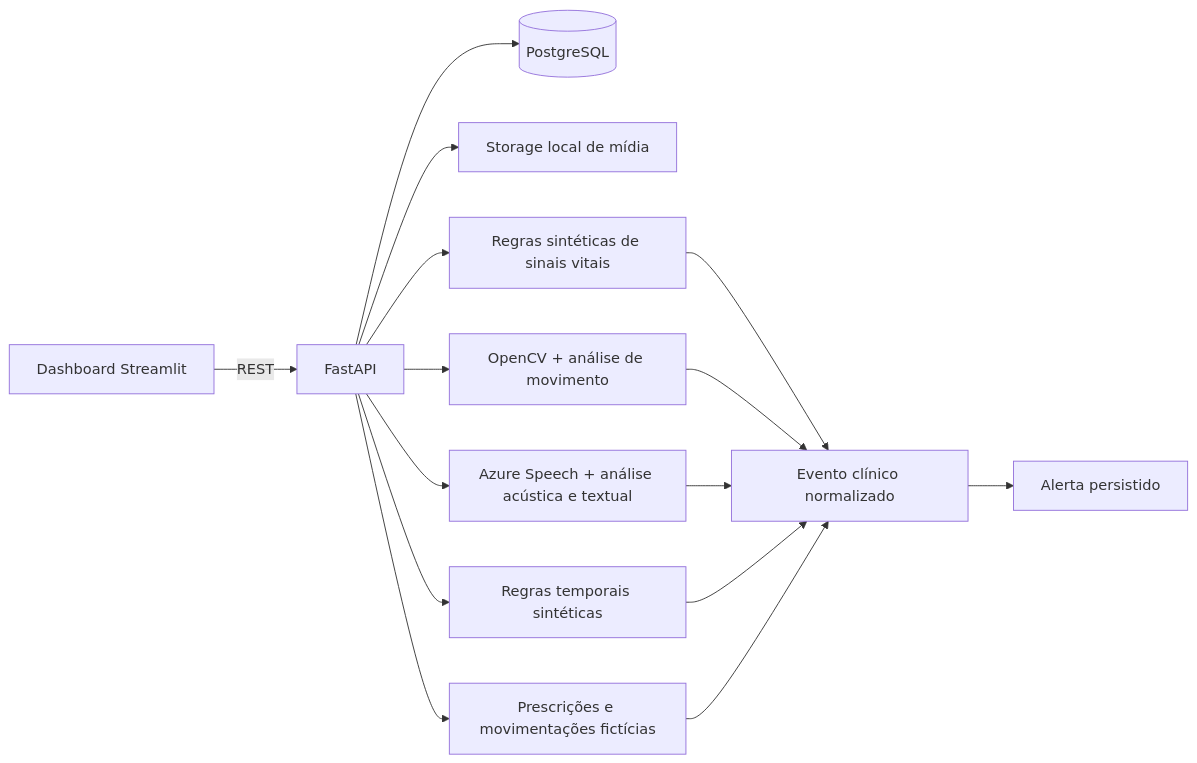
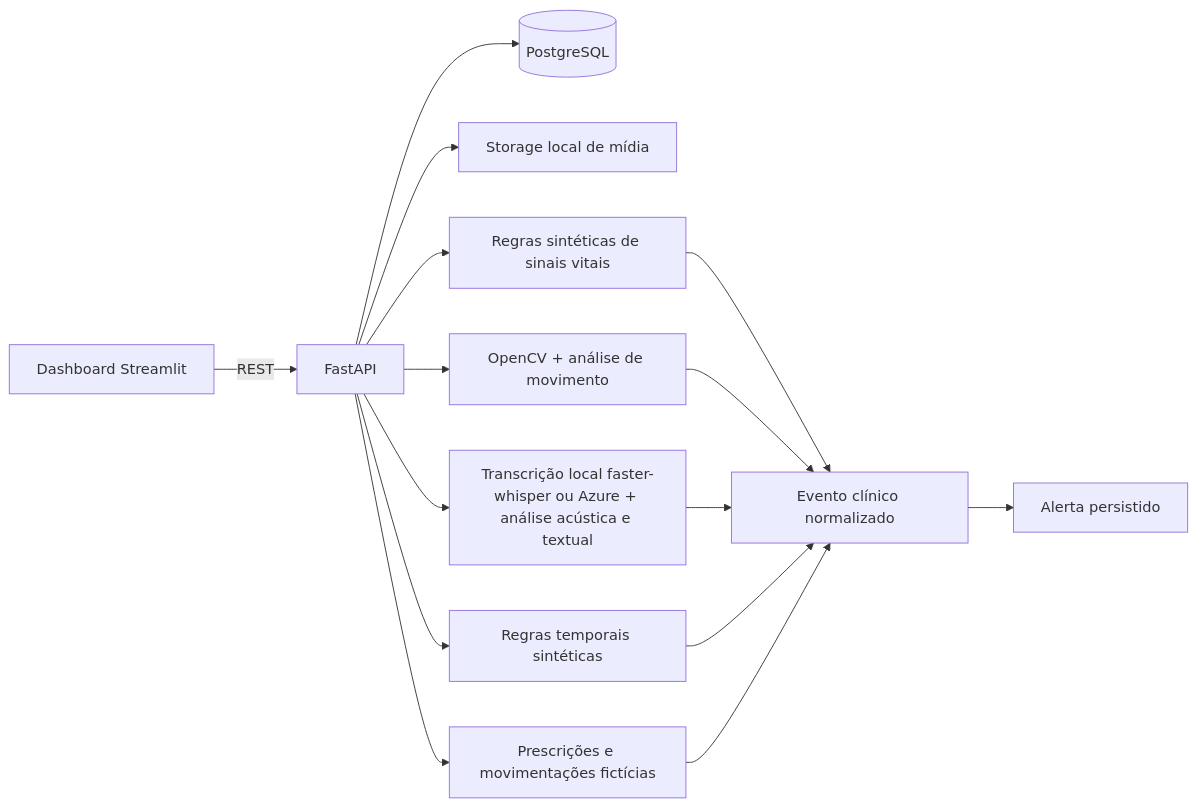
One commit to mo1sess/tech-challenge-fiap-fase-4 changed the diagram in README.md. Above: the diagram before and after it, drawn with Mermaid. The commit also changed other lines of this file and 14 other files, not shown here.

First line of the commit message:
feat(audio): add local faster-whisper transcription provider

````diff
--- a/README.md
+++ b/README.md
@@ -33,17 +33,17 @@
 ```mermaid
 flowchart LR
     UI[Dashboard Streamlit] -->|REST| API[FastAPI]
     API --> DB[(PostgreSQL)]
     API --> FS[Storage local de mídia]
     API --> VITAL[Regras sintéticas de sinais vitais]
     VITAL --> EVENT[Evento clínico normalizado]
     EVENT --> ALERT[Alerta persistido]
     API --> VIDEO[OpenCV + análise de movimento]
     VIDEO --> EVENT
-    API --> AUDIO[Azure Speech + análise acústica e textual]
+    API --> AUDIO[Transcrição local faster-whisper ou Azure + análise acústica e textual]
     AUDIO --> EVENT
     API --> TEMPORAL[Regras temporais sintéticas]
     API --> OPERATIONS[Prescrições e movimentações fictícias]
     TEMPORAL --> EVENT
     OPERATIONS --> EVENT
 ```
````
